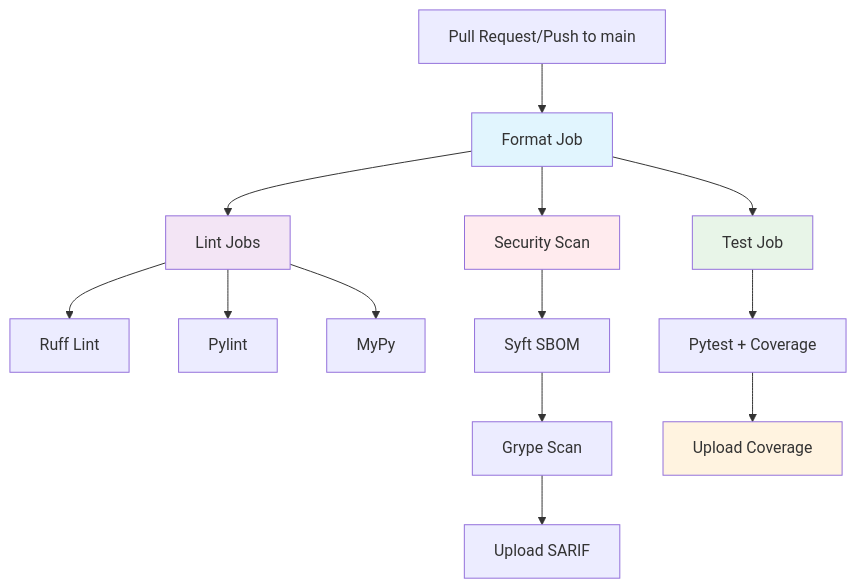
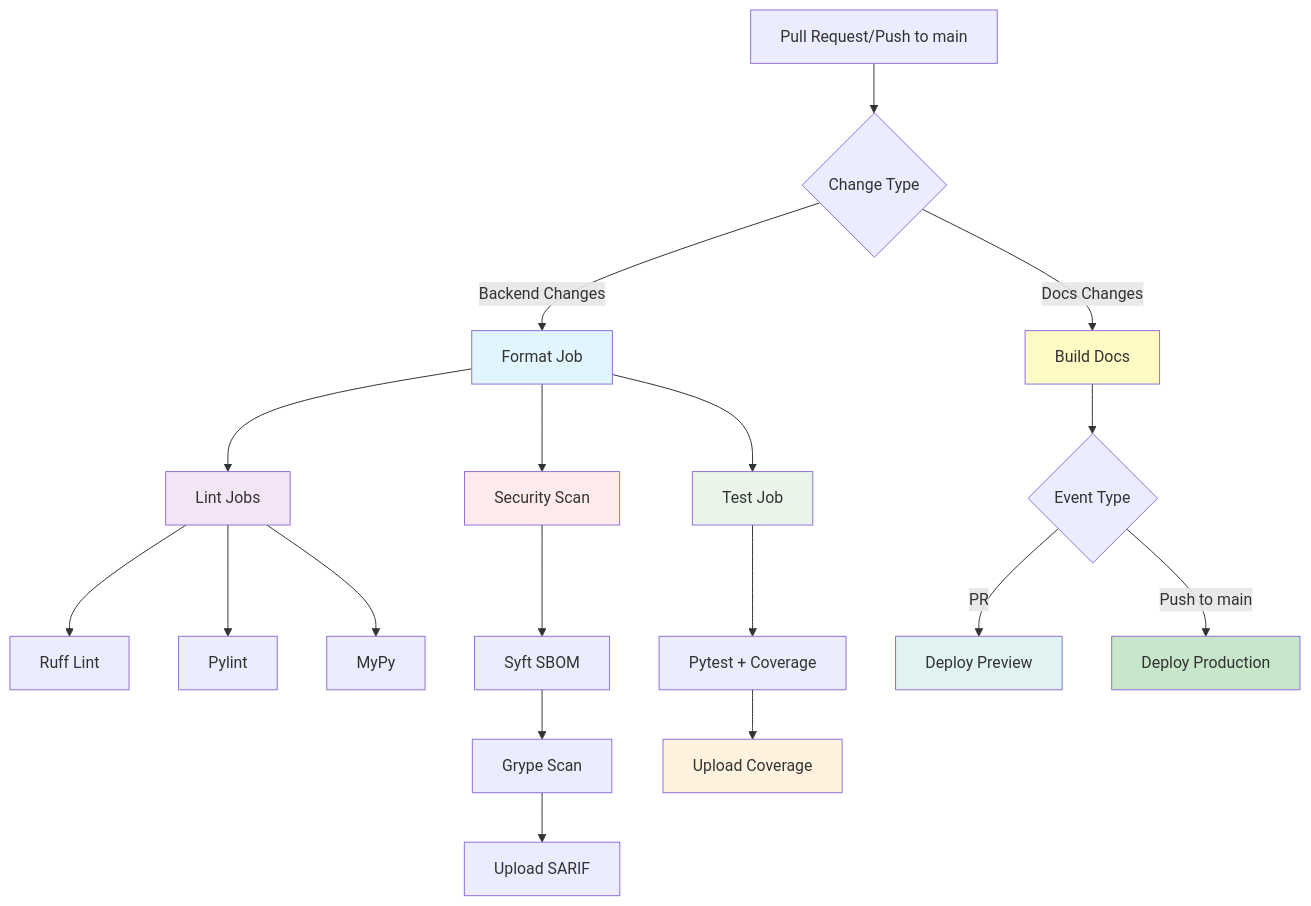
Before and after one commit to OpenRailAssociation/dac-migration-dss-popupsim: the first of 4 diagrams in docs/ci-cd.md, drawn with Mermaid. The commit also changed other lines of this file and 1 other file, not shown here.

Commit message:
docs(pages): 📝 update diagrams arch and ci

````diff
--- a/docs/ci-cd.md
+++ b/docs/ci-cd.md
@@ -9,24 +9,34 @@
 ```mermaid
 graph TD
-    A[Pull Request/Push to main] --> B[Format Job]
-    B --> C[Lint Jobs]
-    B --> D[Security Scan]
-    B --> E[Test Job]
+    A[Pull Request/Push to main] --> B{Change Type}
+    B -->|Backend Changes| C[Format Job]
+    B -->|Docs Changes| N[Build Docs]
+    
+    C --> D[Lint Jobs]
+    C --> E[Security Scan]
+    C --> F[Test Job]
 
-    C --> F[Ruff Lint]
-    C --> G[Pylint]
-    C --> H[MyPy]
+    D --> G[Ruff Lint]
+    D --> H[Pylint]
+    D --> I[MyPy]
 
-    D --> I[Syft SBOM]
-    I --> J[Grype Scan]
-    J --> K[Upload SARIF]
+    E --> J[Syft SBOM]
+    J --> K[Grype Scan]
+    K --> L[Upload SARIF]
 
-    E --> L[Pytest + Coverage]
-    L --> M[Upload Coverage]
+    F --> M[Pytest + Coverage]
+    M --> O[Upload Coverage]
+    
+    N --> P{Event Type}
+    P -->|PR| Q[Deploy Preview]
+    P -->|Push to main| R[Deploy Production]
 
-    style B fill:#e1f5fe
-    style C fill:#f3e5f5
-    style D fill:#ffebee
-    style E fill:#e8f5e8
-    style M fill:#fff3e0
+    style C fill:#e1f5fe
+    style D fill:#f3e5f5
+    style E fill:#ffebee
+    style F fill:#e8f5e8
+    style O fill:#fff3e0
+    style N fill:#fff9c4
+    style Q fill:#e0f2f1
+    style R fill:#c8e6c9
 ```
````
